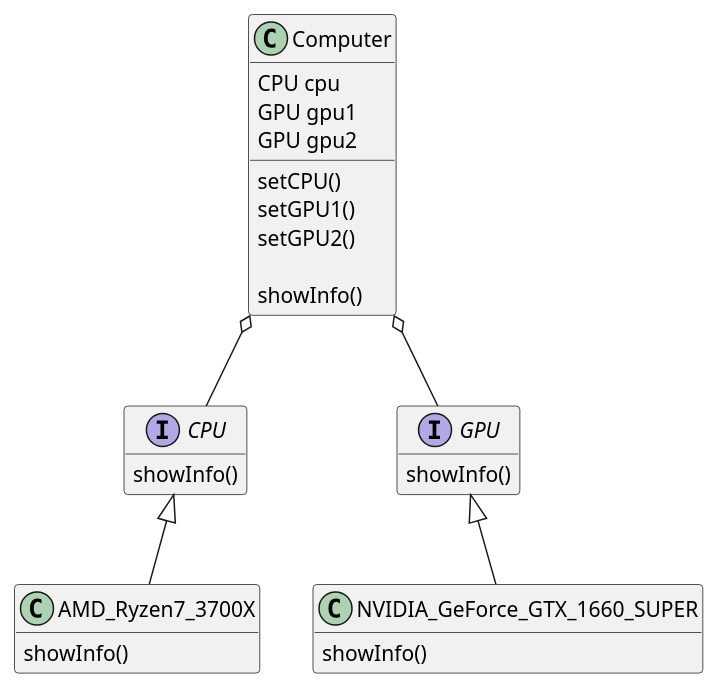
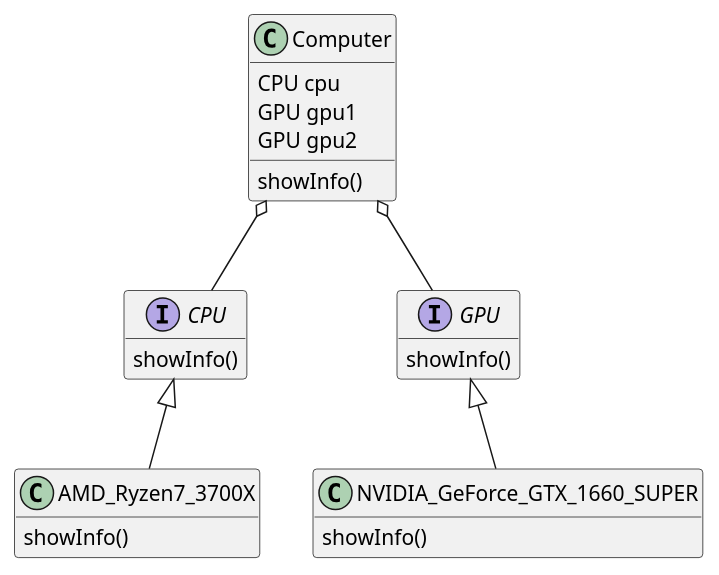
One commit to gama79530/DesignPattern changed the diagram in StrategyPattern/example.puml. Above: the diagram before and after it, drawn with PlantUML. The commit also changed 38 other files, not shown here.

```diff
--- a/StrategyPattern/example.puml
+++ b/StrategyPattern/example.puml
@@ -1,38 +1,33 @@
 @startuml example
 hide empty members
 
 Class Computer{
     CPU cpu
     GPU gpu1
     GPU gpu2
-
-    setCPU()
-    setGPU1()
-    setGPU2()
-
     showInfo()
 }
 
 interface CPU{
     showInfo()
 }
 
 interface GPU{
     showInfo()
 }
 
 class AMD_Ryzen7_3700X{
     showInfo()
 }
 
 class NVIDIA_GeForce_GTX_1660_SUPER{
     showInfo()
 }
 
 Computer o-- CPU
 Computer o-- GPU
 
 CPU <|-- AMD_Ryzen7_3700X
 GPU <|-- NVIDIA_GeForce_GTX_1660_SUPER
 
 @enduml
```
